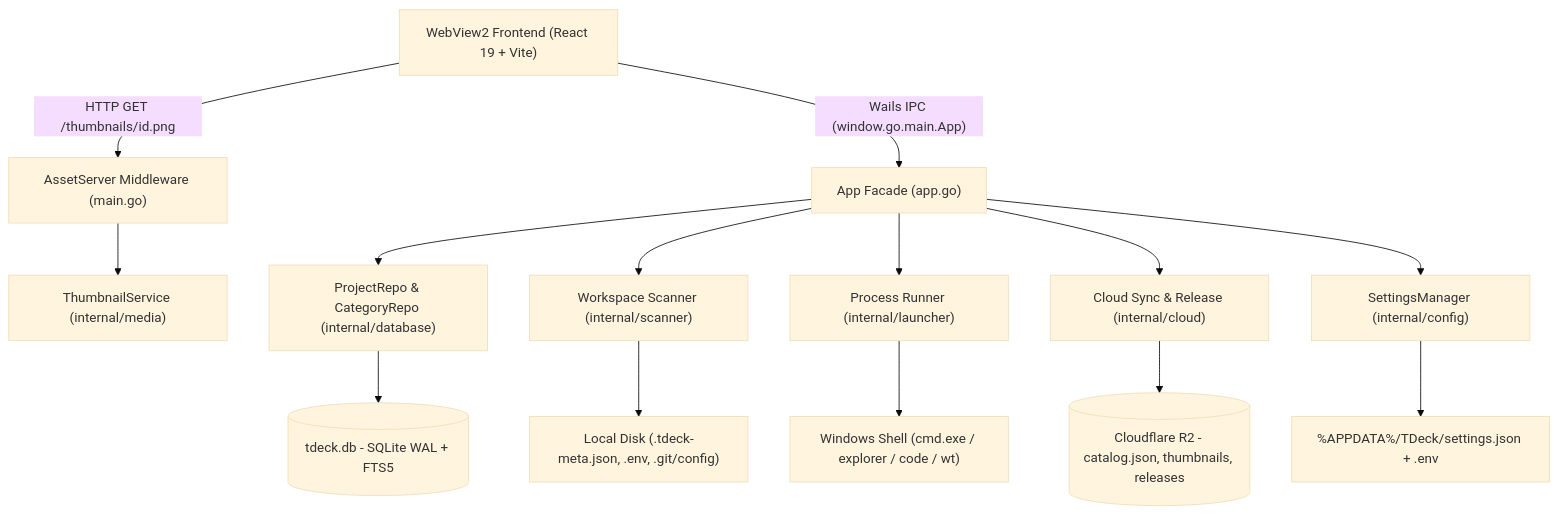
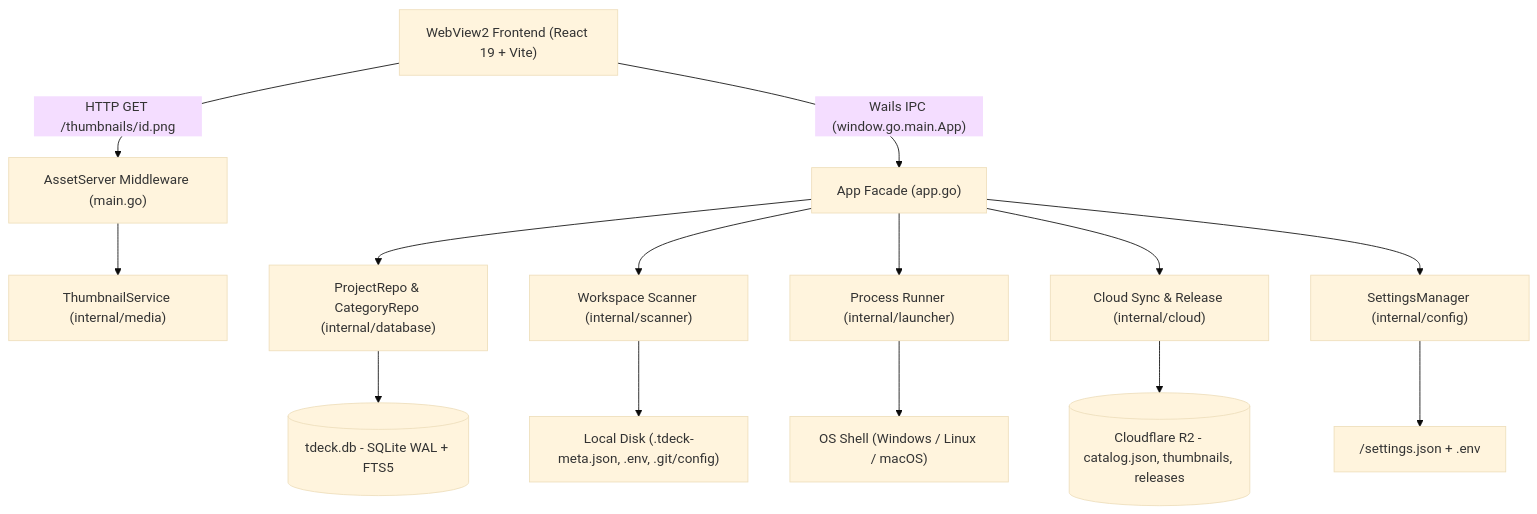
Before and after one commit to kacher2097/t-deck: the first of 3 diagrams in docs/ARCHITECTURE.md, drawn with Mermaid (base theme). The commit also changed 26 other files, not shown here.

Commit message:
feat(installer): store data in user install dir and add Windows/Linux release installers

````diff
--- a/docs/ARCHITECTURE.md
+++ b/docs/ARCHITECTURE.md
@@ -91,18 +91,18 @@
 ```mermaid
 flowchart TD
     UI["WebView2 Frontend (React 19 + Vite)"] -->|"Wails IPC (window.go.main.App)"| App["App Facade (app.go)"]
     UI -->|"HTTP GET /thumbnails/id.png"| MW["AssetServer Middleware (main.go)"]
     MW --> Thumbs["ThumbnailService (internal/media)"]
 
     App --> DB["ProjectRepo & CategoryRepo (internal/database)"]
     App --> Scan["Workspace Scanner (internal/scanner)"]
     App --> Run["Process Runner (internal/launcher)"]
     App --> Cloud["Cloud Sync & Release (internal/cloud)"]
     App --> Cfg["SettingsManager (internal/config)"]
 
     DB --> SQLite[("tdeck.db - SQLite WAL + FTS5")]
     Scan --> Disk["Local Disk (.tdeck-meta.json, .env, .git/config)"]
-    Run --> OS["Windows Shell (cmd.exe / explorer / code / wt)"]
+    Run --> OS["OS Shell (Windows / Linux / macOS)"]
     Cloud --> R2[("Cloudflare R2 - catalog.json, thumbnails, releases")]
-    Cfg --> Files["%APPDATA%/TDeck/settings.json + .env"]
+    Cfg --> Files["<InstallDir>/settings.json + .env"]
 ```
````
